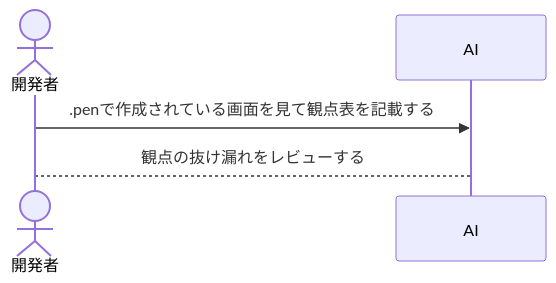
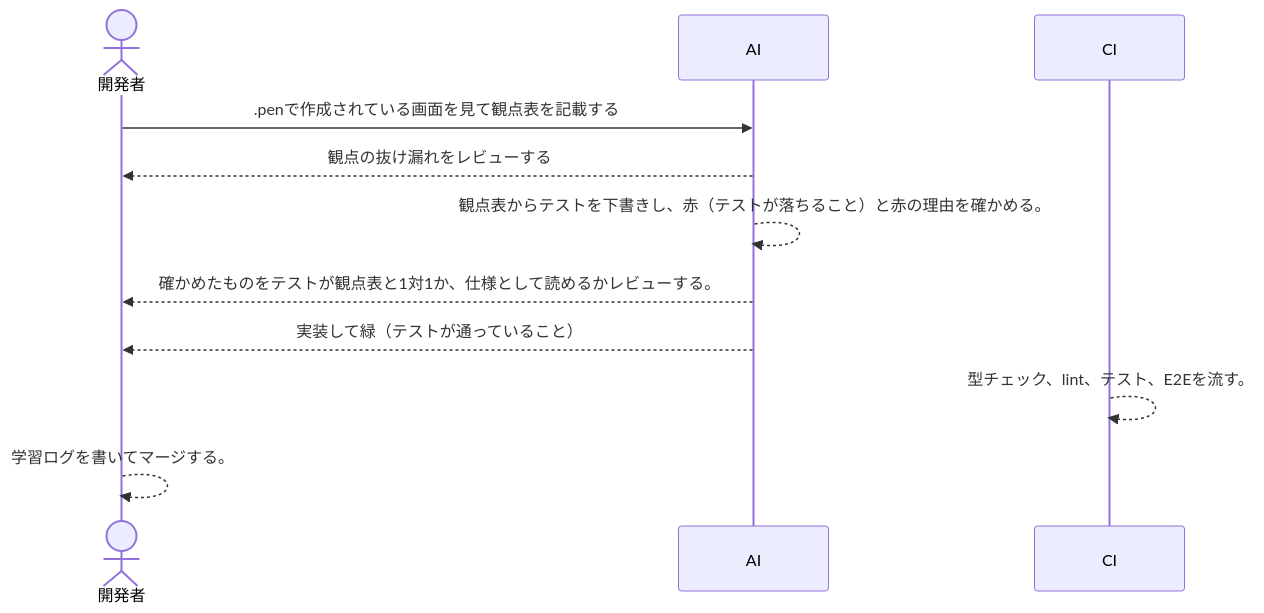
Before and after one commit to yuuya-1205/selfsketch-web: the diagram in docs/design/test/README.md, drawn with Mermaid. The commit also changed other lines of this file, not shown here.

Commit message:
docs: フロー図などを追加

````diff
--- a/docs/design/test/README.md
+++ b/docs/design/test/README.md
@@ -31,8 +47,14 @@
 ```mermaid
 sequenceDiagram
    actor 開発者
    participant AI
+   participant CI
   開発者->>AI: .penで作成されている画面を見て観点表を記載する
-  AI --> 開発者: 観点の抜け漏れをレビューする
+  AI -->> 開発者: 観点の抜け漏れをレビューする
+  AI -->> AI: 観点表からテストを下書きし、赤（テストが落ちること）と赤の理由を確かめる。
+  AI -->> 開発者: 確かめたものをテストが観点表と1対1か、仕様として読めるかレビューする。
+  AI -->> 開発者: 実装して緑（テストが通っていること）
+  CI -->> CI:型チェック、lint、テスト、E2Eを流す。
+  開発者 -->> 開発者: 学習ログを書いてマージする。
 
 ```
````
